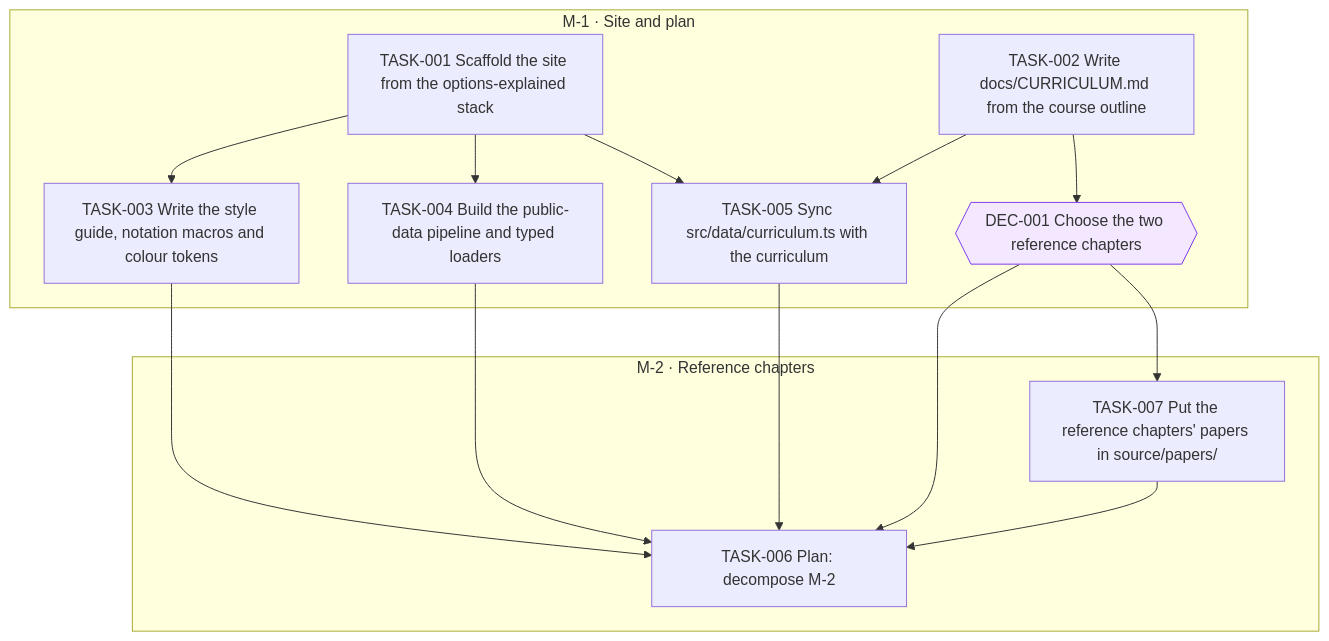
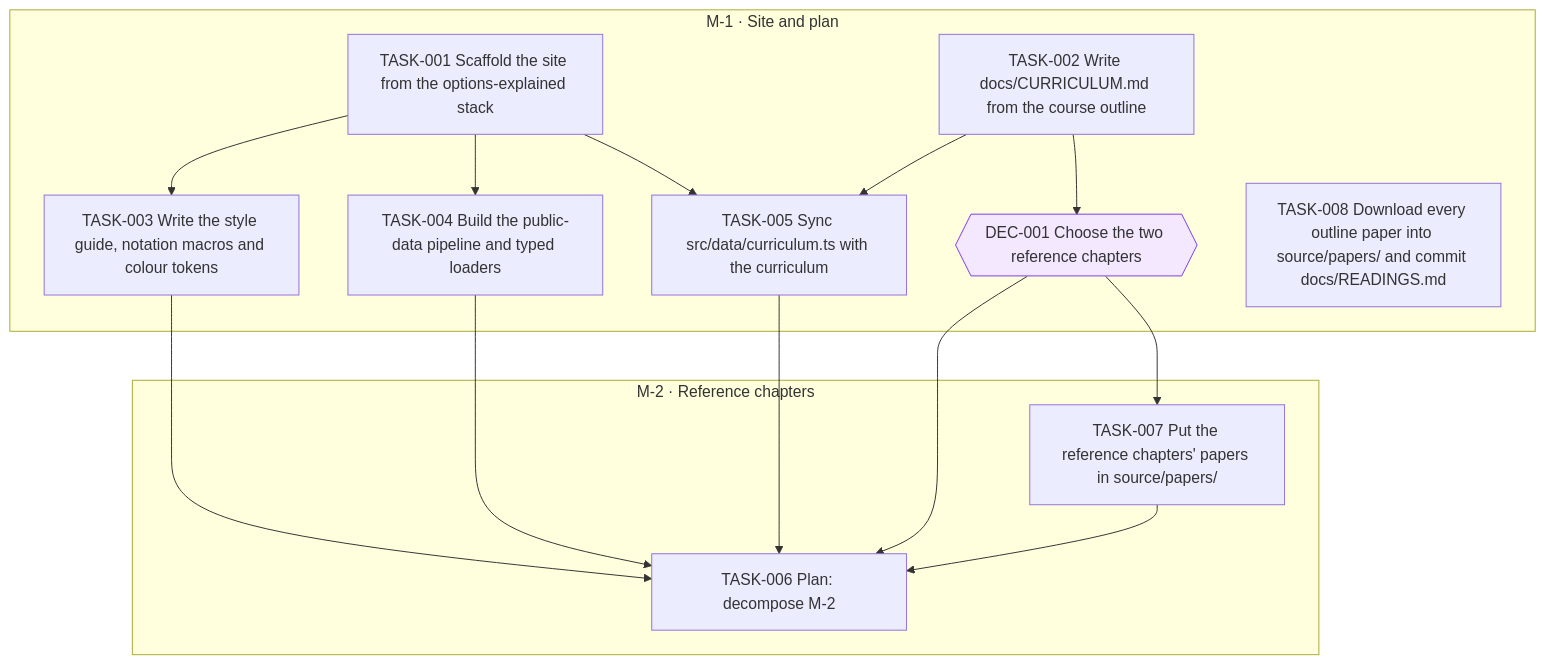
Before and after one commit to all-explained/empirical-finance-lbs: the diagram in goals/course-site/README.md, drawn with Mermaid. The commit also changed 1 other file, not shown here.

Commit message:
goal(course-site): add TASK-008 Download every outline paper into source/papers/ and commit docs/READINGS.md

````diff
--- a/goals/course-site/README.md
+++ b/goals/course-site/README.md
@@ -39,30 +39,31 @@
 ```mermaid
 flowchart TD
   subgraph M_1["M-1 · Site and plan"]
     DEC_001{{"DEC-001 Choose the two reference chapters"}}
     TASK_001["TASK-001 Scaffold the site from the options-explained stack"]
     TASK_002["TASK-002 Write docs/CURRICULUM.md from the course outline"]
     TASK_003["TASK-003 Write the style guide, notation macros and colour tokens"]
     TASK_004["TASK-004 Build the public-data pipeline and typed loaders"]
     TASK_005["TASK-005 Sync src/data/curriculum.ts with the curriculum"]
+    TASK_008["TASK-008 Download every outline paper into source/papers/ and commit docs/READINGS.md"]
   end
   subgraph M_2["M-2 · Reference chapters"]
     TASK_006["TASK-006 Plan: decompose M-2"]
     TASK_007["TASK-007 Put the reference chapters' papers in source/papers/"]
   end
   TASK_002 --> DEC_001
   TASK_001 --> TASK_003
   TASK_001 --> TASK_004
   TASK_001 --> TASK_005
   TASK_002 --> TASK_005
   TASK_003 --> TASK_006
   TASK_004 --> TASK_006
   TASK_005 --> TASK_006
   DEC_001 --> TASK_006
   TASK_007 --> TASK_006
   DEC_001 --> TASK_007
   classDef draft stroke-dasharray: 4 3
   classDef cancelled opacity:0.45
   classDef decision fill:#f3e8ff,stroke:#7c3aed
   class DEC_001 decision
 ```
````
